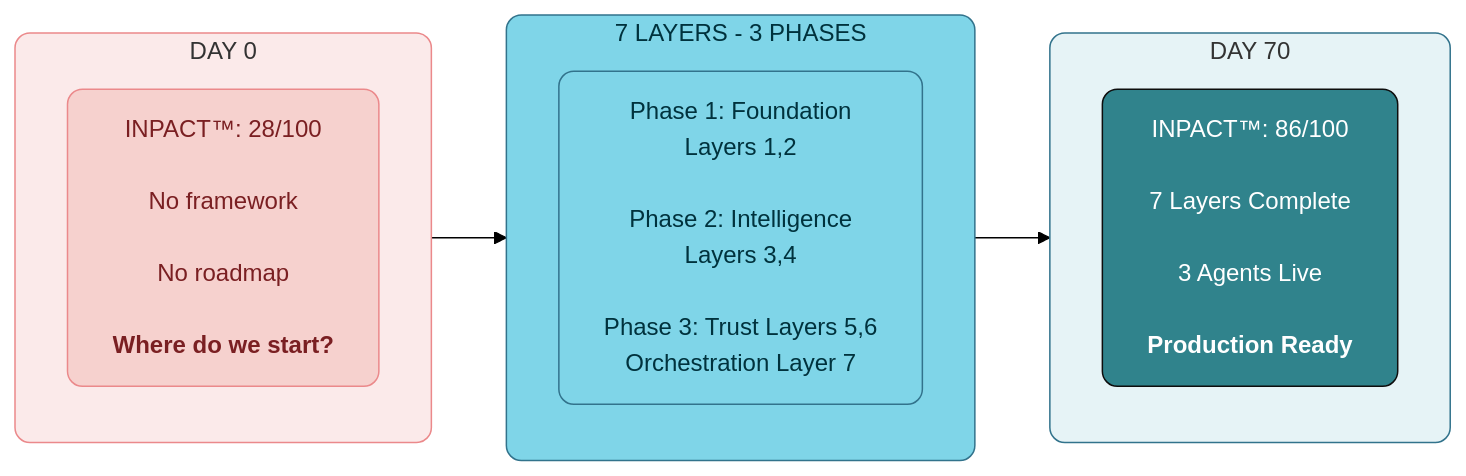
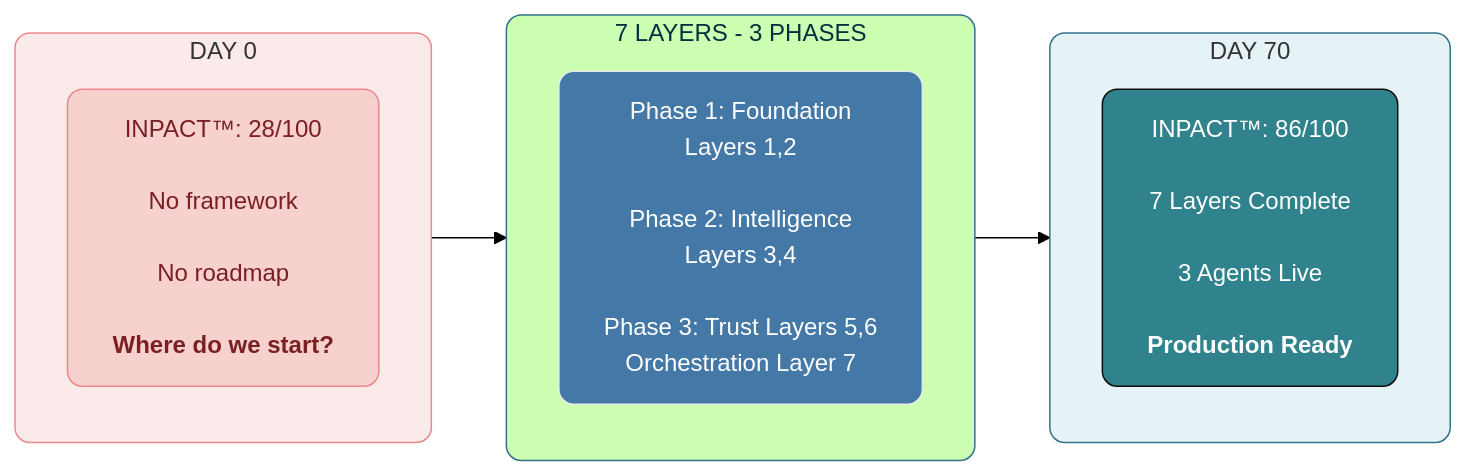
The first of 4 diagrams in manuscript/04_chapter_3_from_bi_to_agent.md (saitejesh-cyber/trust-before-intelligence-book), drawn with Mermaid (forest theme) before and after one commit. The commit also changed 4 other files, not shown here.

````diff
--- a/manuscript/04_chapter_3_from_bi_to_agent.md
+++ b/manuscript/04_chapter_3_from_bi_to_agent.md
@@ -6,28 +6,28 @@
 ```mermaid
 
 graph LR
     subgraph BEFORE["DAY 0"]
         direction TB
         B1["INPACT™: 28/100<br/><br/>No framework<br/><br/>No roadmap<br/><br/><b>Where do we start?</b>"]
     end
     
     subgraph PHASES["7 LAYERS - 3 PHASES"]
         direction TB
         P1["Phase 1: Foundation<br/>Layers 1,2<br/><br/>Phase 2: Intelligence<br/>Layers 3,4<br/><br/>Phase 3: Trust Layers 5,6<br/> Orchestration Layer 7"]
     end
     
     subgraph AFTER["DAY 70"]
         direction TB
         A1["INPACT™: 86/100<br/><br/>7 Layers Complete<br/><br/>3 Agents Live<br/><br/><b>Production Ready</b>"]
     end
     
     BEFORE --> PHASES --> AFTER
 
     style BEFORE fill:#FBEAEA,stroke:#EB898B,stroke-width:1px,rx:10,ry:10
     style B1 fill:#F6D1CE,stroke:#EB898B,stroke-width:1px,color:#7A1F22,rx:10,ry:10
-    style PHASES fill:#7FD5E8,stroke:#32738C,stroke-width:1px,color:#00323D,rx:10,ry:10
-    style P1 fill:#7FD5E8,stroke:#32738C,stroke-width:1px,color:#00323D,rx:10,ry:10
+    style PHASES fill:##E6F3F6,stroke:#32738C,stroke-width:1px,color:#00323D,rx:10,ry:10
+    style P1 fill:#4478A6,stroke:#e4ebed,stroke-width:1px,color:#FFFFFF,rx:10,ry:10
     style AFTER fill:#E6F3F6,stroke:#32738C,stroke-width:1px,rx:10,ry:10
     style A1 fill:#30838C,stroke:#0D0D0D,stroke-width:1px,color:#ffffff,rx:10,ry:10
 
 ```
````
